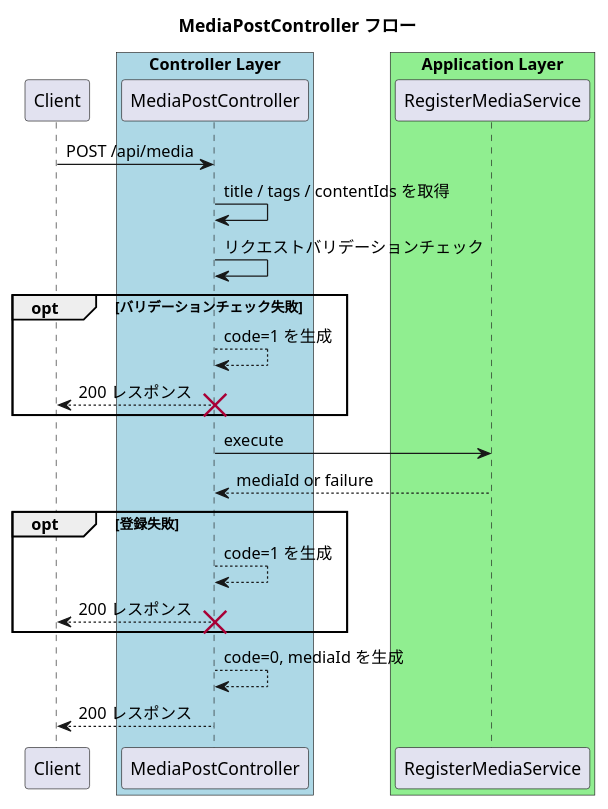
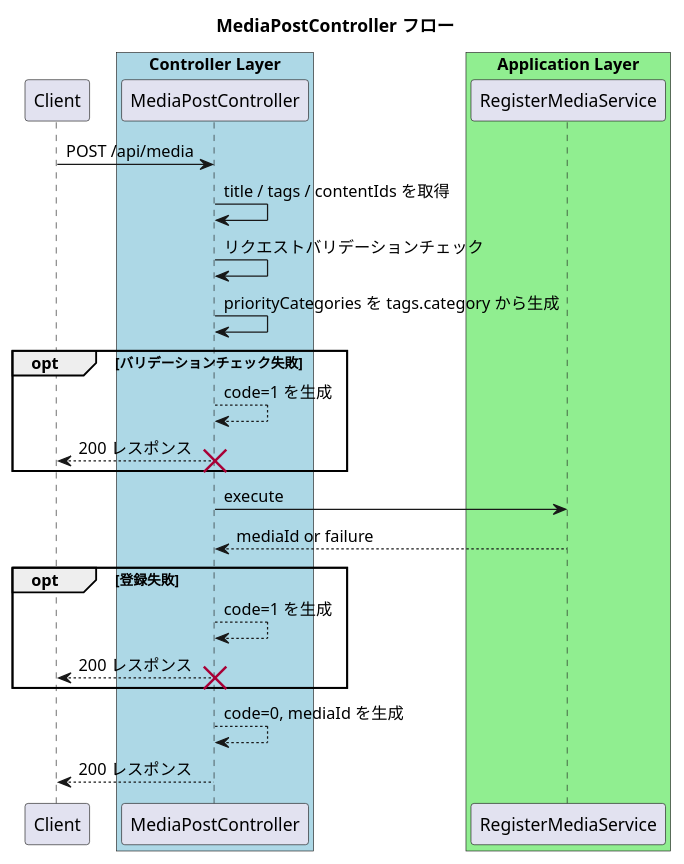
One commit to hachimitu22/MangaViewer changed the diagram in doc/5_api/controller/MediaPostController/readme.md. Above: the diagram before and after it, drawn with PlantUML. The commit also changed other lines of this file and 3 other files, not shown here.

````diff
--- a/doc/5_api/controller/MediaPostController/readme.md
+++ b/doc/5_api/controller/MediaPostController/readme.md
@@ -27,35 +28,36 @@
 ```plantuml
 @startuml
 title MediaPostController フロー
 
 participant Client
 box "Controller Layer" #LightBlue
   participant MediaPostController as Controller
 end box
 box "Application Layer" #LightGreen
   participant RegisterMediaService as Application
 end box
 
 Client -> Controller: POST /api/media
 Controller -> Controller: title / tags / contentIds を取得
 Controller -> Controller: リクエストバリデーションチェック
+Controller -> Controller: priorityCategories を tags.category から生成
 
 opt バリデーションチェック失敗
   Controller --> Controller: code=1 を生成
   Controller --> Client: 200 レスポンス
   destroy Controller
 end
 
 Controller -> Application: execute
 Application --> Controller: mediaId or failure
 
 opt 登録失敗
   Controller --> Controller: code=1 を生成
   Controller --> Client: 200 レスポンス
   destroy Controller
 end
 
 Controller --> Controller: code=0, mediaId を生成
 Controller --> Client: 200 レスポンス
 @enduml
 ```
````
